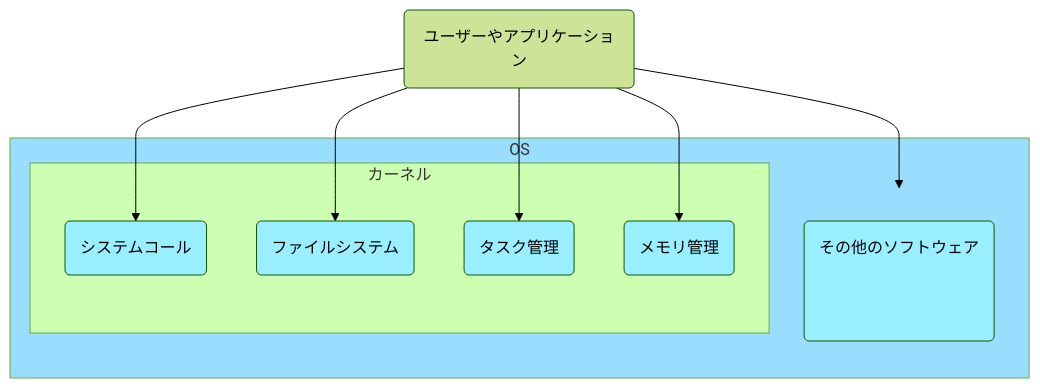
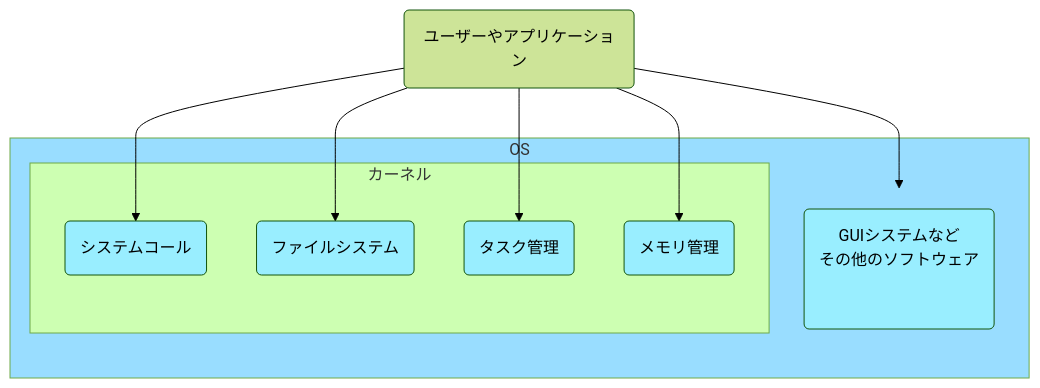
One commit to Cohey0727/linux_kernel_guide changed the diagram in content/post/base-of-linux.md. Above: the diagram before and after it, drawn with Mermaid (forest theme). The commit also changed other lines of this file, not shown here.

````diff
--- a/content/post/base-of-linux.md
+++ b/content/post/base-of-linux.md
@@ -15,23 +15,23 @@
 ```mermaid
 graph TB
     User(ユーザーやアプリケーション) --> SystemCall
     User(ユーザーやアプリケーション) --> FileSystem
     User(ユーザーやアプリケーション) --> Task
     User(ユーザーやアプリケーション) --> Memory
     User(ユーザーやアプリケーション) --> Other
     subgraph OS
-        Other(その他のソフトウェア)
+        Other(GUIシステムなど<br/>その他のソフトウェア)
         subgraph カーネル
             SystemCall(システムコール):::kernalElement
             FileSystem(ファイルシステム):::kernalElement
             Task(タスク管理):::kernalElement
             Memory(メモリ管理):::kernalElement
         end
     end
 
 
 
 style OS fill:#9df,height:240px
 style Other fill:#9ef,height:120px
 classDef kernalElement fill:#9ef;
 ```
````
